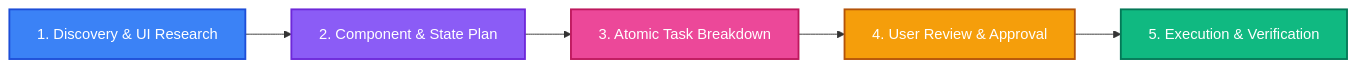
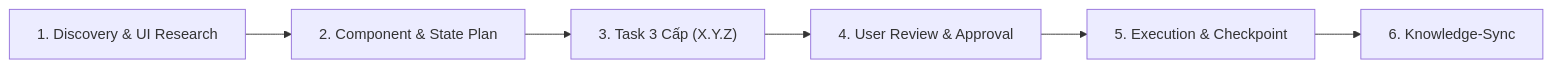
The first of 2 diagrams in .agents/workflows/plan-and-task.md (kindustries-erp/erp-web), drawn with Mermaid before and after one commit. The commit also changed other lines of this file, not shown here.

Commit message:
docs(workflow): enhance plan-and-task workflow with strict read-only planning guard

````diff
--- a/.agents/workflows/plan-and-task.md
+++ b/.agents/workflows/plan-and-task.md
@@ -13,13 +13,8 @@
 ```mermaid
 graph LR
     A["1. Discovery & UI Research"] --> B["2. Component & State Plan"]
-    B --> C["3. Atomic Task Breakdown"]
+    B --> C["3. Task 3 Cấp (X.Y.Z)"]
     C --> D["4. User Review & Approval"]
-    D --> E["5. Execution & Verification"]
-    
-    style A fill:#3b82f6,stroke:#1d4ed8,stroke-width:2px,color:#fff
-    style B fill:#8b5cf6,stroke:#6d28d9,stroke-width:2px,color:#fff
-    style C fill:#ec4899,stroke:#be185d,stroke-width:2px,color:#fff
-    style D fill:#f59e0b,stroke:#b45309,stroke-width:2px,color:#fff
-    style E fill:#10b981,stroke:#047857,stroke-width:2px,color:#fff
+    D --> E["5. Execution & Checkpoint"]
+    E --> F["6. Knowledge-Sync"]
 ```
````
